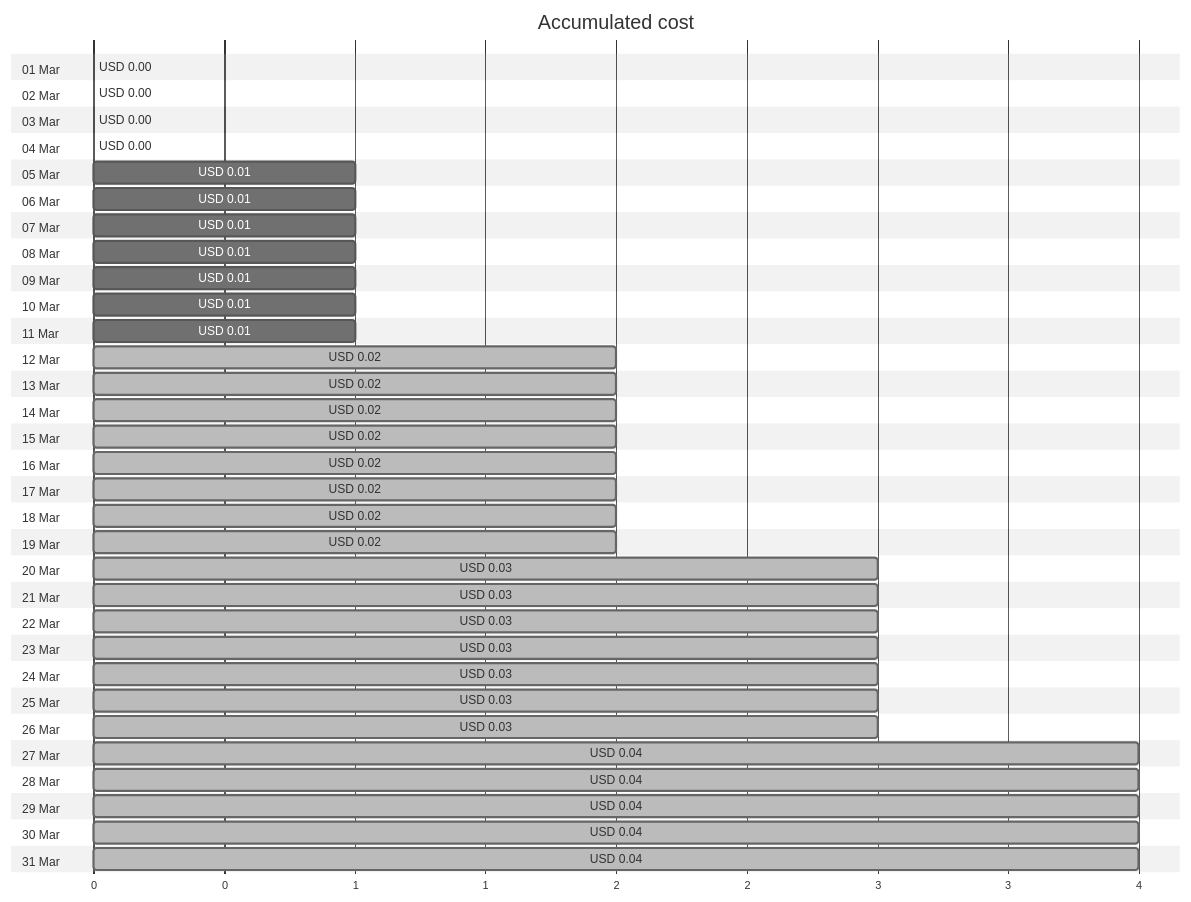
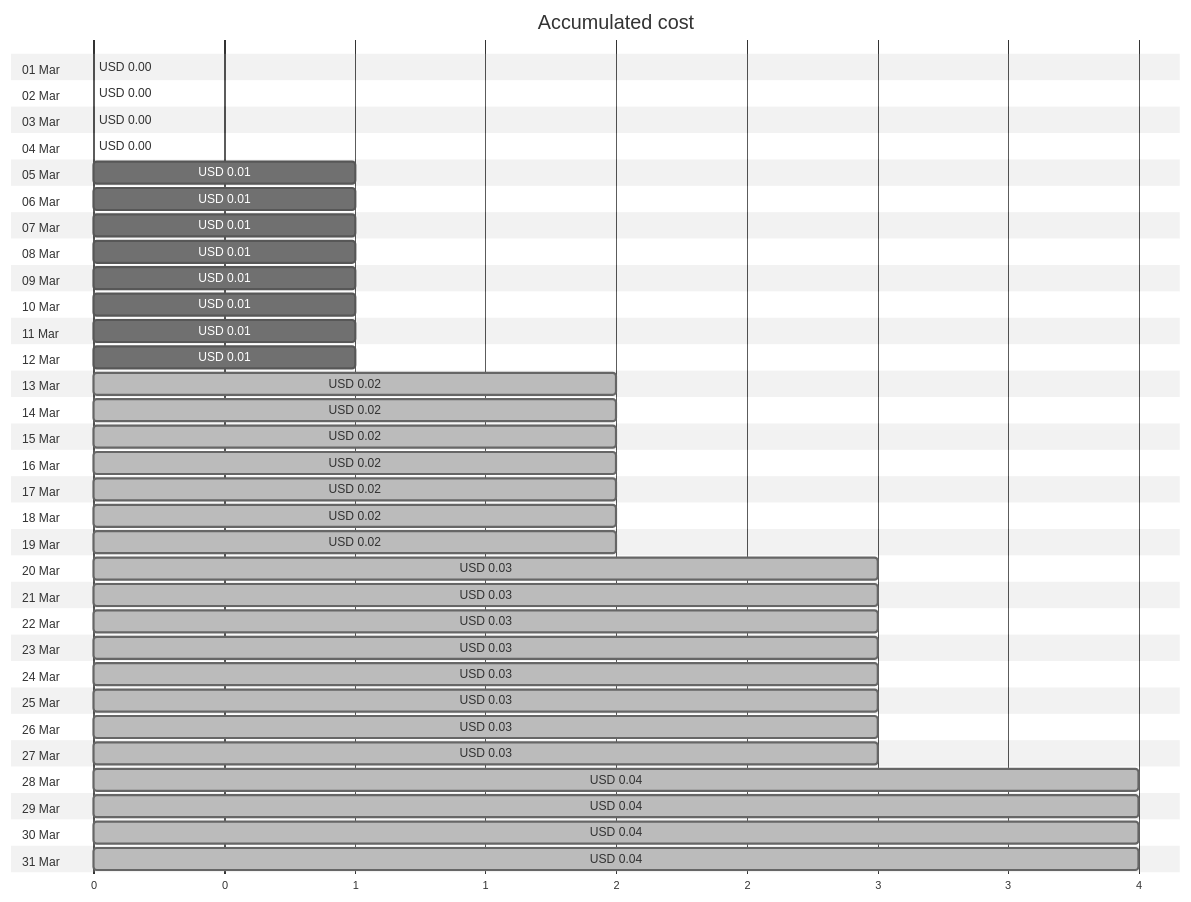
Before and after one commit to jpfulton/azure-personal-reports: the first of 4 diagrams in cost-reports/personal-site/personalsiteapistorage.md, drawn with Mermaid (neutral theme). The commit also changed other lines of this file and 6 other files, not shown here.

````diff
--- a/cost-reports/personal-site/personalsiteapistorage.md
+++ b/cost-reports/personal-site/personalsiteapistorage.md
@@ -20,68 +20,68 @@
 ```mermaid
 gantt
    title Accumulated cost
    dateFormat  X
    axisFormat %s
    section 01 Mar
    USD 0.00 :0, 0
    section 02 Mar
    USD 0.00 :0, 0
    section 03 Mar
    USD 0.00 :0, 0
    section 04 Mar
    USD 0.00 :0, 0
    section 05 Mar
    USD 0.01 :0, 1
    section 06 Mar
    USD 0.01 :0, 1
    section 07 Mar
    USD 0.01 :0, 1
    section 08 Mar
    USD 0.01 :0, 1
    section 09 Mar
    USD 0.01 :0, 1
    section 10 Mar
    USD 0.01 :0, 1
    section 11 Mar
    USD 0.01 :0, 1
    section 12 Mar
-   USD 0.02 : done, 0, 2
+   USD 0.01 :0, 1
    section 13 Mar
    USD 0.02 : done, 0, 2
    section 14 Mar
    USD 0.02 : done, 0, 2
    section 15 Mar
    USD 0.02 : done, 0, 2
    section 16 Mar
    USD 0.02 : done, 0, 2
    section 17 Mar
    USD 0.02 : done, 0, 2
    section 18 Mar
    USD 0.02 : done, 0, 2
    section 19 Mar
    USD 0.02 : done, 0, 2
    section 20 Mar
    USD 0.03 : done, 0, 3
    section 21 Mar
    USD 0.03 : done, 0, 3
    section 22 Mar
    USD 0.03 : done, 0, 3
    section 23 Mar
    USD 0.03 : done, 0, 3
    section 24 Mar
    USD 0.03 : done, 0, 3
    section 25 Mar
    USD 0.03 : done, 0, 3
    section 26 Mar
    USD 0.03 : done, 0, 3
    section 27 Mar
-   USD 0.04 : done, 0, 4
+   USD 0.03 : done, 0, 3
    section 28 Mar
    USD 0.04 : done, 0, 4
    section 29 Mar
    USD 0.04 : done, 0, 4
    section 30 Mar
    USD 0.04 : done, 0, 4
    section 31 Mar
    USD 0.04 : done, 0, 4
 ```
````
